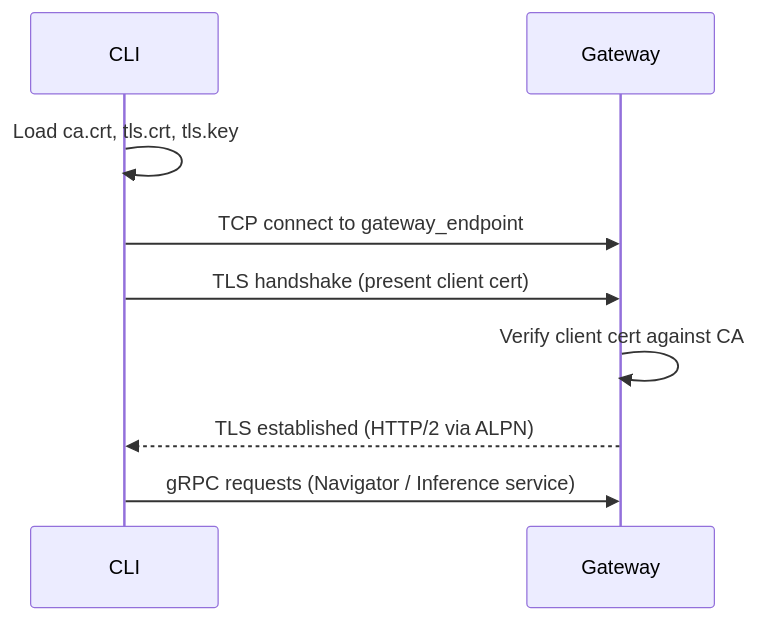
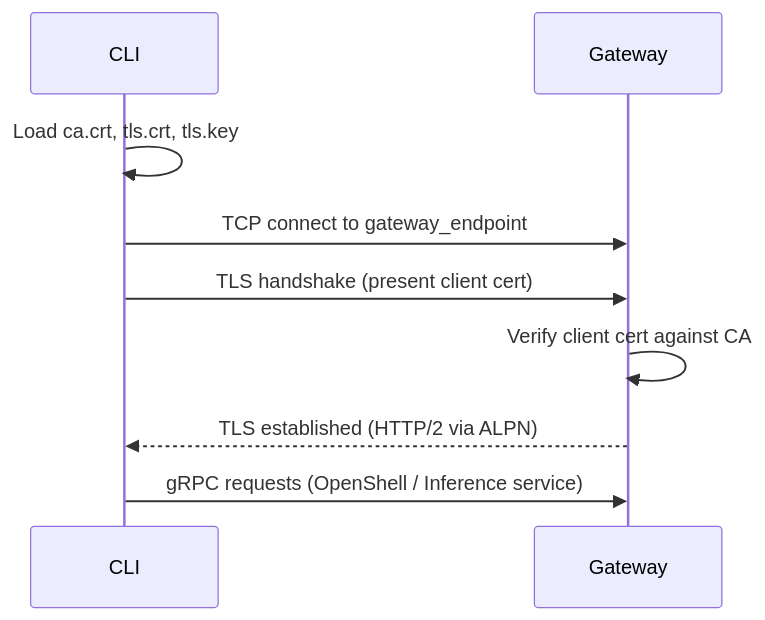
One commit to NVIDIA/OpenShell changed the second of 3 diagrams in architecture/gateway-deploy-connect.md. Above: the diagram before and after it, drawn with Mermaid. The commit also changed other lines of this file and 283 other files, not shown here.

````diff
--- a/architecture/gateway-deploy-connect.md
+++ b/architecture/gateway-deploy-connect.md
@@ -60,12 +60,12 @@
 ```mermaid
 sequenceDiagram
     participant CLI as CLI
     participant GW as Gateway
 
     CLI->>CLI: Load ca.crt, tls.crt, tls.key
     CLI->>GW: TCP connect to gateway_endpoint
     CLI->>GW: TLS handshake (present client cert)
     GW->>GW: Verify client cert against CA
     GW-->>CLI: TLS established (HTTP/2 via ALPN)
-    CLI->>GW: gRPC requests (Navigator / Inference service)
+    CLI->>GW: gRPC requests (OpenShell / Inference service)
 ```
````
